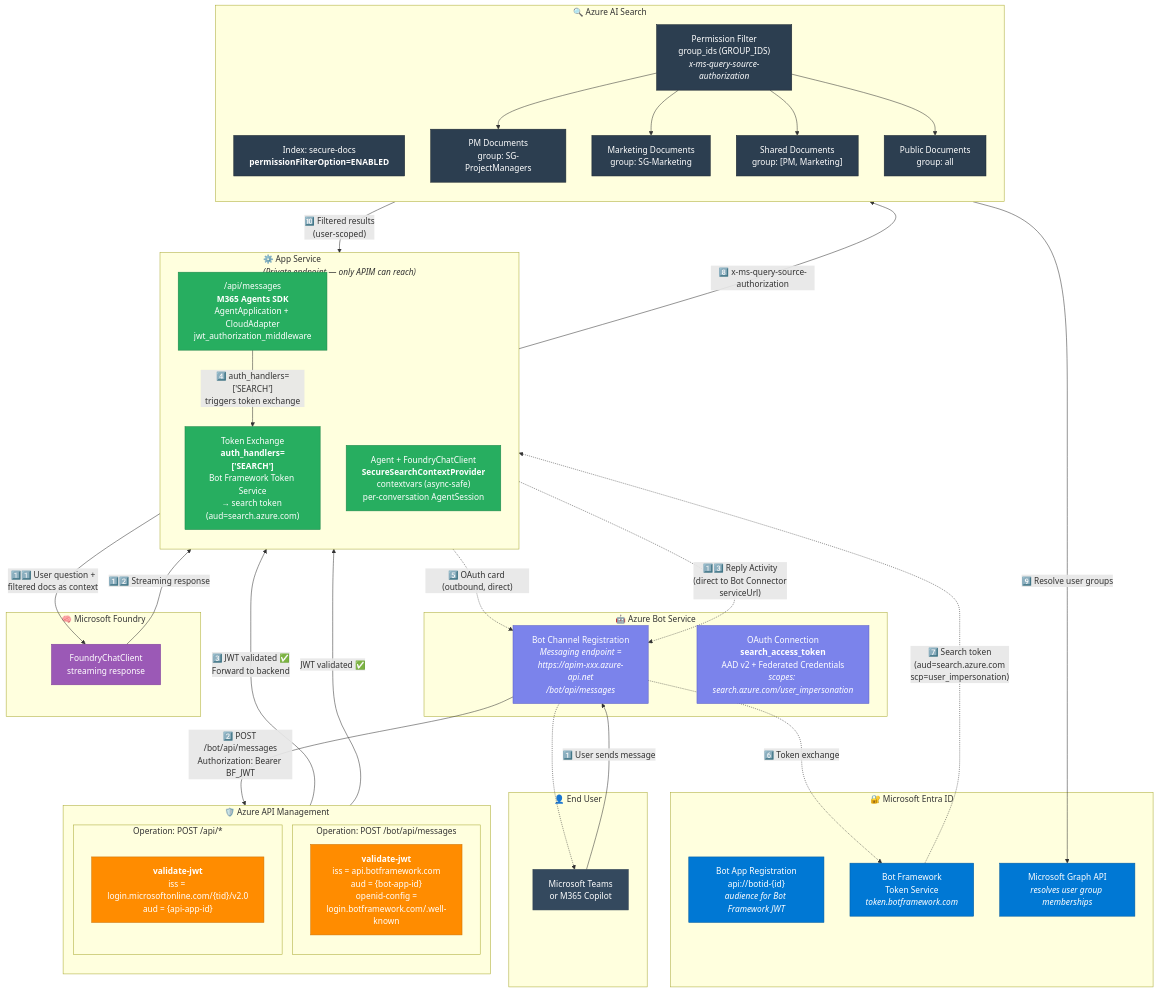
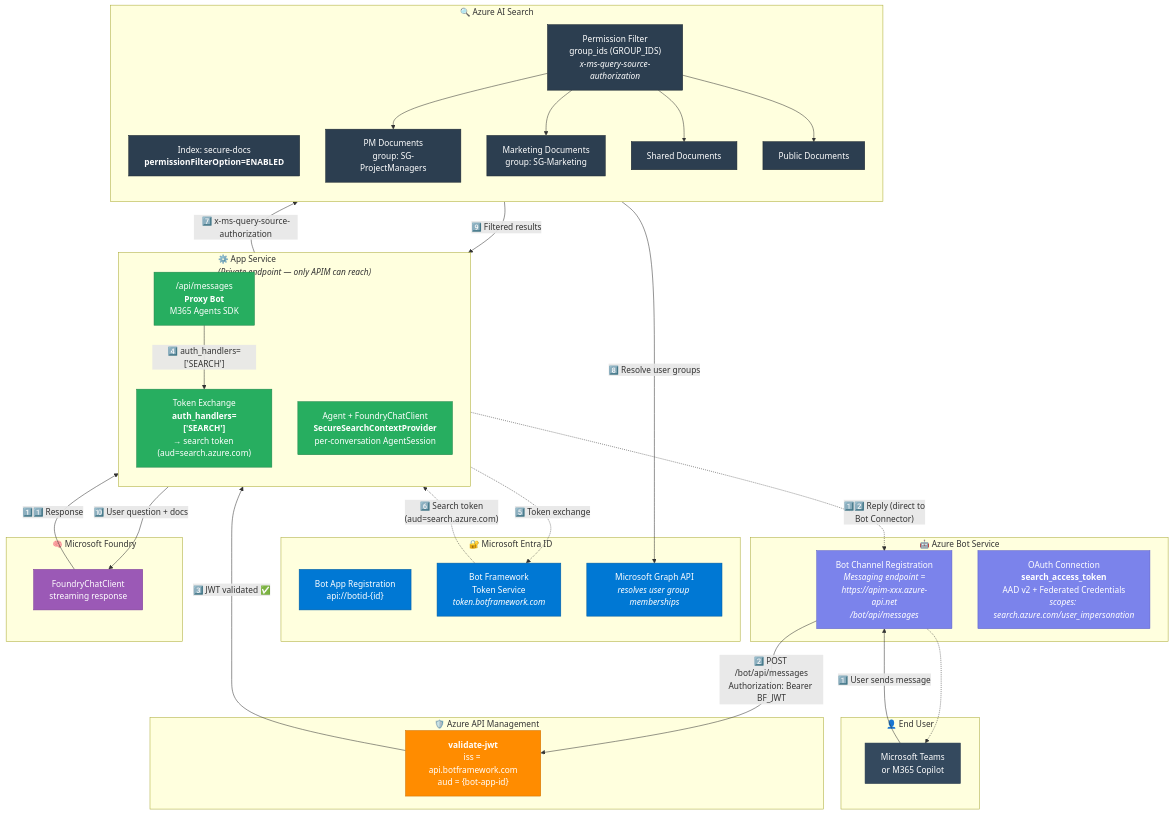
Before and after one commit to Azure-Samples/bring-your-own-agent-to-m365-accelerator: the first of 3 diagrams in docs/architecture.md, drawn with Mermaid. The commit also changed other lines of this file and 6 other files, not shown here.

First line of the commit message:
refactor: clean APIM config and add SDK customization docs

```diff
--- a/docs/architecture.md
+++ b/docs/architecture.md
@@ -13,7 +13,7 @@
     end
 
     subgraph ENTRA["🔐 Microsoft Entra ID"]
-        BotAppReg["Bot App Registration<br/>api://botid-{id}<br/><i>audience for Bot Framework JWT</i>"]
+        BotAppReg["Bot App Registration<br/>api://botid-{id}"]
         OAuthToken["Bot Framework<br/>Token Service<br/><i>token.botframework.com</i>"]
         GraphAPI["Microsoft Graph API<br/><i>resolves user group memberships</i>"]
     end
@@ -24,22 +24,14 @@
     end
 
     subgraph APIM_GW["🛡️ Azure API Management"]
-        direction TB
-
-        subgraph BOT_OP["Operation: POST /bot/api/messages"]
-            BotJWT["<b>validate-jwt</b><br/>iss = api.botframework.com<br/>aud = {bot-app-id}<br/>openid-config =<br/>login.botframework.com/.well-known"]
-        end
-
-        subgraph API_OP["Operation: POST /api/*"]
-            UserJWT["<b>validate-jwt</b><br/>iss = login.microsoftonline.com/{tid}/v2.0<br/>aud = {api-app-id}"]
-        end
+        BotJWT["<b>validate-jwt</b><br/>iss = api.botframework.com<br/>aud = {bot-app-id}"]
     end
 
     subgraph APP["⚙️ App Service<br/><i>(Private endpoint — only APIM can reach)</i>"]
         direction TB
-        BotHandler["/api/messages<br/><b>M365 Agents SDK</b><br/>AgentApplication + CloudAdapter<br/>jwt_authorization_middleware"]
-        SearchAuth["Token Exchange<br/><b>auth_handlers=['SEARCH']</b><br/>Bot Framework Token Service<br/>→ search token (aud=search.azure.com)"]
-        AgentFW["Agent + FoundryChatClient<br/><b>SecureSearchContextProvider</b><br/>contextvars (async-safe)<br/>per-conversation AgentSession"]
+        BotHandler["/api/messages<br/><b>Proxy Bot</b><br/>M365 Agents SDK"]
+        SearchAuth["Token Exchange<br/><b>auth_handlers=['SEARCH']</b><br/>→ search token (aud=search.azure.com)"]
+        AgentFW["Agent + FoundryChatClient<br/><b>SecureSearchContextProvider</b><br/>per-conversation AgentSession"]
     end
 
     subgraph SEARCH["🔍 Azure AI Search"]
@@ -48,8 +40,8 @@
         ACL["Permission Filter<br/>group_ids (GROUP_IDS)<br/><i>x-ms-query-source-authorization</i>"]
         Docs_PM["PM Documents<br/>group: SG-ProjectManagers"]
         Docs_MK["Marketing Documents<br/>group: SG-Marketing"]
-        Docs_Shared["Shared Documents<br/>group: [PM, Marketing]"]
-        Docs_All["Public Documents<br/>group: all"]
+        Docs_Shared["Shared Documents"]
+        Docs_All["Public Documents"]
     end
 
     subgraph FOUNDRY["🧠 Microsoft Foundry"]
@@ -59,33 +51,29 @@
     %% ── Inbound: Teams → APIM → App ──
     Teams -->|"1️⃣ User sends message"| Bot
     Bot -->|"2️⃣ POST /bot/api/messages<br/>Authorization: Bearer BF_JWT"| BotJWT
-    BotJWT -->|"3️⃣ JWT validated ✅<br/>Forward to backend"| BotHandler
+    BotJWT -->|"3️⃣ JWT validated ✅"| BotHandler
 
     %% ── Token exchange ──
-    BotHandler -->|"4️⃣ auth_handlers=['SEARCH']<br/>triggers token exchange"| SearchAuth
-    SearchAuth -.->|"5️⃣ OAuth card (outbound, direct)"| Bot
-    Bot -.->|"6️⃣ Token exchange"| OAuthToken
-    OAuthToken -.->|"7️⃣ Search token<br/>(aud=search.azure.com<br/>scp=user_impersonation)"| SearchAuth
+    BotHandler -->|"4️⃣ auth_handlers=['SEARCH']"| SearchAuth
+    SearchAuth -.->|"5️⃣ Token exchange"| OAuthToken
+    OAuthToken -.->|"6️⃣ Search token<br/>(aud=search.azure.com)"| SearchAuth
 
     %% ── AI Search with ACL ──
-    SearchAuth -->|"8️⃣ x-ms-query-source-authorization"| ACL
-    ACL -->|"9️⃣ Resolve user groups"| GraphAPI
+    SearchAuth -->|"7️⃣ x-ms-query-source-authorization"| ACL
+    ACL -->|"8️⃣ Resolve user groups"| GraphAPI
     ACL --> Docs_PM
     ACL --> Docs_MK
     ACL --> Docs_Shared
     ACL --> Docs_All
-    Index -->|"🔟 Filtered results<br/>(user-scoped)"| AgentFW
+    Index -->|"9️⃣ Filtered results"| AgentFW
 
     %% ── Agent → LLM ──
-    AgentFW -->|"1️⃣1️⃣ User question +<br/>filtered docs as context"| LLM
-    LLM -->|"1️⃣2️⃣ Streaming response"| BotHandler
+    AgentFW -->|"🔟 User question + docs"| LLM
+    LLM -->|"1️⃣1️⃣ Response"| AgentFW
 
     %% ── Reply (outbound, direct) ──
-    BotHandler -.->|"1️⃣3️⃣ Reply Activity<br/>(direct to Bot Connector<br/>serviceUrl)"| Bot
+    BotHandler -.->|"1️⃣2️⃣ Reply (direct to<br/>Bot Connector)"| Bot
     Bot -.-> Teams
-
-    %% ── Non-bot API clients ──
-    UserJWT -->|"JWT validated ✅"| AgentFW
 
     %% Styling
     classDef entra fill:#0078d4,color:#fff,stroke:#005a9e
@@ -98,7 +86,7 @@
 
     class BotAppReg,OAuthToken,GraphAPI entra
     class Bot,OAuthSearch bot
-    class BotJWT,UserJWT apim
+    class BotJWT apim
     class BotHandler,SearchAuth,AgentFW app
     class Index,ACL,Docs_PM,Docs_MK,Docs_Shared,Docs_All search
     class LLM foundry
```
